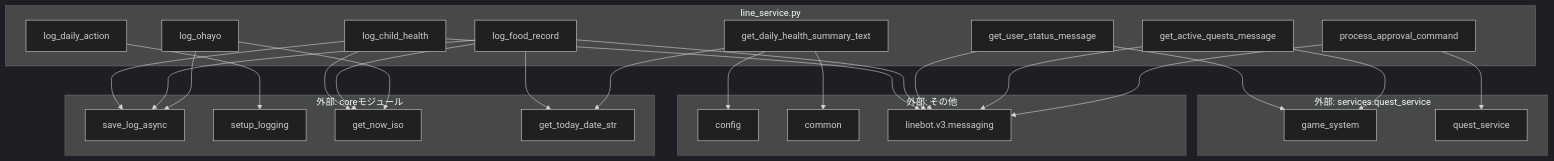
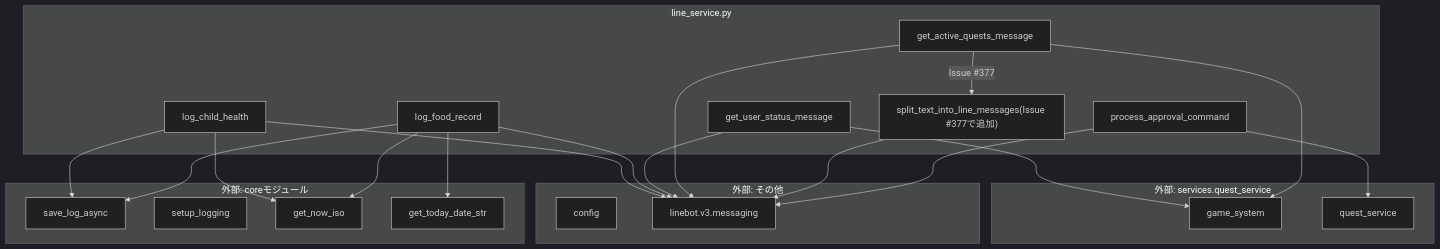
One commit to mmtigers/my_python_project changed the second of 2 diagrams in docs/specifications/MY_HOME_SYSTEM/line_service.md. Above: the diagram before and after it, drawn with Mermaid (dark theme). The commit also changed other lines of this file and 211 other files, not shown here.

````diff
--- a/docs/specifications/MY_HOME_SYSTEM/line_service.md
+++ b/docs/specifications/MY_HOME_SYSTEM/line_service.md
@@ -278,59 +246,52 @@
 ```mermaid
 graph TD
     subgraph "line_service.py"
         log_child_health
         log_food_record
-        log_daily_action
-        log_ohayo
-        get_daily_health_summary_text
         get_user_status_message
         get_active_quests_message
         process_approval_command
+        split_text_into_line_messages["split_text_into_line_messages(Issue #377で追加)"]
     end
 
     subgraph "外部: coreモジュール"
         save_log_async
         setup_logging
         get_now_iso
         get_today_date_str
     end
 
     subgraph "外部: services.quest_service"
         game_system
         quest_service
     end
 
     subgraph "外部: その他"
         config
-        common
         linebot_v3_messaging[linebot.v3.messaging]
     end
 
     log_child_health --> save_log_async
     log_child_health --> get_now_iso
     log_child_health --> linebot_v3_messaging
 
     log_food_record --> save_log_async
     log_food_record --> get_today_date_str
     log_food_record --> get_now_iso
     log_food_record --> linebot_v3_messaging
 
-    log_daily_action --> setup_logging
-
-    log_ohayo --> save_log_async
-    log_ohayo --> get_now_iso
-
-    get_daily_health_summary_text --> get_today_date_str
-    get_daily_health_summary_text --> common
-    get_daily_health_summary_text --> config
+    %% Issue #410: log_daily_action / log_ohayo / get_daily_health_summary_text は
+    %% 未使用関数として削除済み(それに伴い common への依存も解消)
 
     get_user_status_message --> game_system
     get_user_status_message --> linebot_v3_messaging
 
     get_active_quests_message --> game_system
     get_active_quests_message --> linebot_v3_messaging
+    get_active_quests_message -->|Issue #377| split_text_into_line_messages
+    split_text_into_line_messages --> linebot_v3_messaging
 
     process_approval_command --> quest_service
     process_approval_command --> linebot_v3_messaging
 
 ```
````
